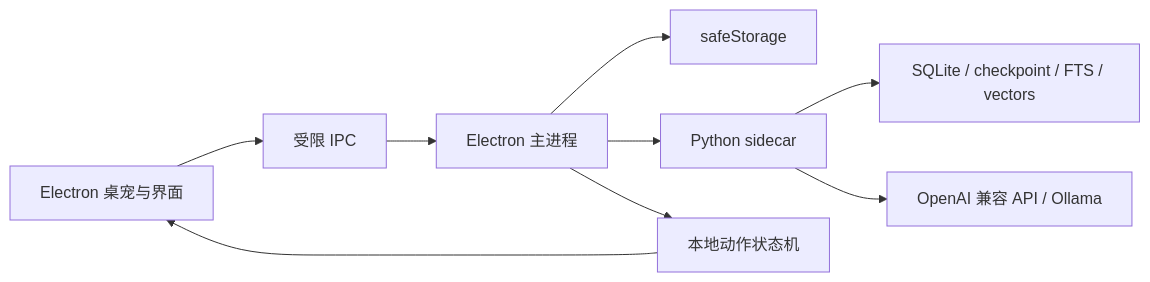
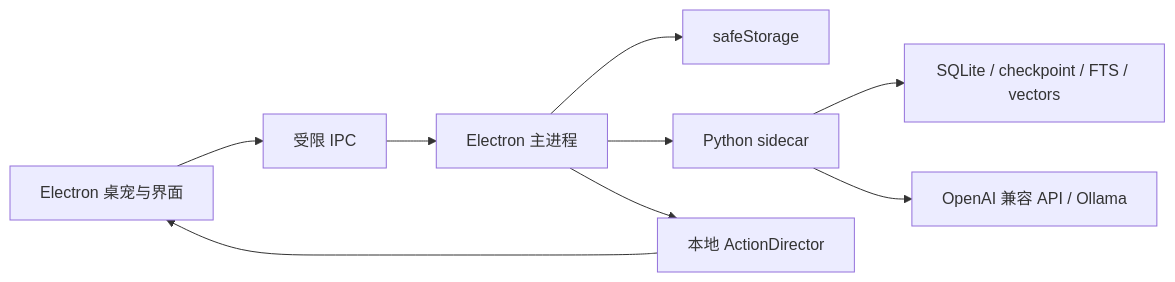
Before and after one commit to DoubleYellow-key/Everby: the diagram in README.md, drawn with Mermaid. The commit also changed other lines of this file and 42 other files, not shown here.

````diff
--- a/README.md
+++ b/README.md
@@ -67,11 +68,11 @@
 ```mermaid
 flowchart LR
     UI["Electron 桌宠与界面"] --> IPC["受限 IPC"]
     IPC --> MAIN["Electron 主进程"]
     MAIN --> SECRET["safeStorage"]
     MAIN --> AGENT["Python sidecar"]
     AGENT --> DB["SQLite / checkpoint / FTS / vectors"]
     AGENT --> MODEL["OpenAI 兼容 API / Ollama"]
-    MAIN --> MOTION["本地动作状态机"]
+    MAIN --> MOTION["本地 ActionDirector"]
     MOTION --> UI
 ```
````
